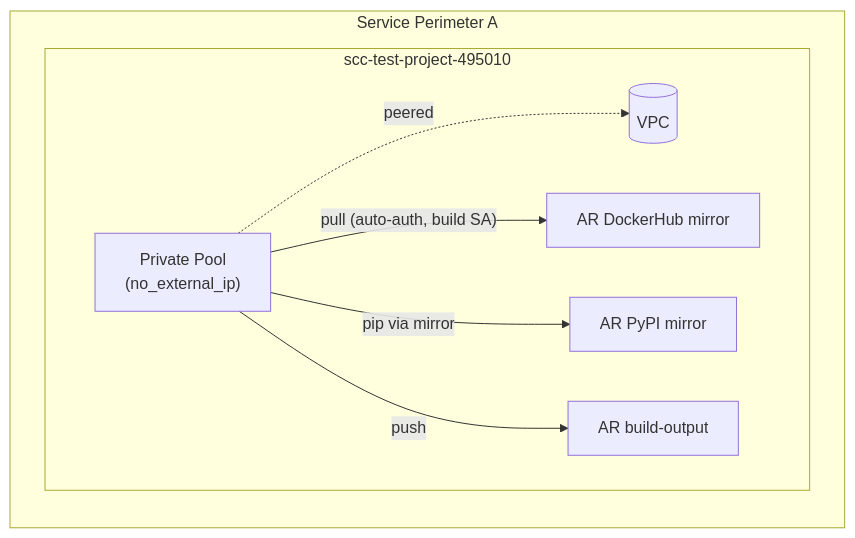
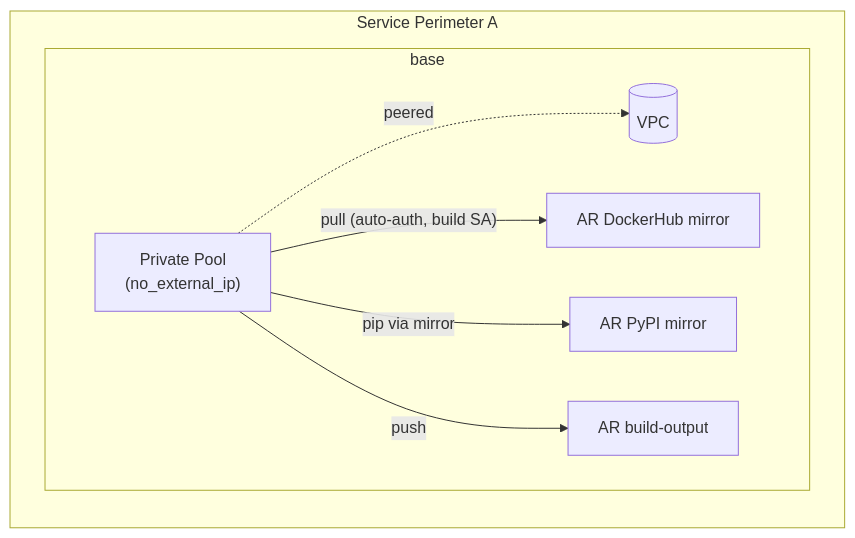
The second of 10 diagrams in samplecodes/cloudbuild-private-pool/README.md (katonium/articles), drawn with Mermaid before and after one commit. The commit also changed other lines of this file, not shown here.

First line of the commit message:
:memo: README を 3 project 構成に更新

````diff
--- a/samplecodes/cloudbuild-private-pool/README.md
+++ b/samplecodes/cloudbuild-private-pool/README.md
@@ -85,16 +81,16 @@
 ```mermaid
 flowchart LR
   subgraph PA["Service Perimeter A"]
-    subgraph P0["scc-test-project-495010"]
+    subgraph P0["base"]
       VPC[(VPC)]
       Pool["Private Pool<br/>(no_external_ip)"]
       AR_DH["AR DockerHub mirror"]
       AR_PyPI["AR PyPI mirror"]
       AR_Out["AR build-output"]
       Pool -.peered.-> VPC
       Pool -- "pull (auto-auth, build SA)" --> AR_DH
       Pool -- "pip via mirror" --> AR_PyPI
       Pool -- "push" --> AR_Out
     end
   end
 ```
````
